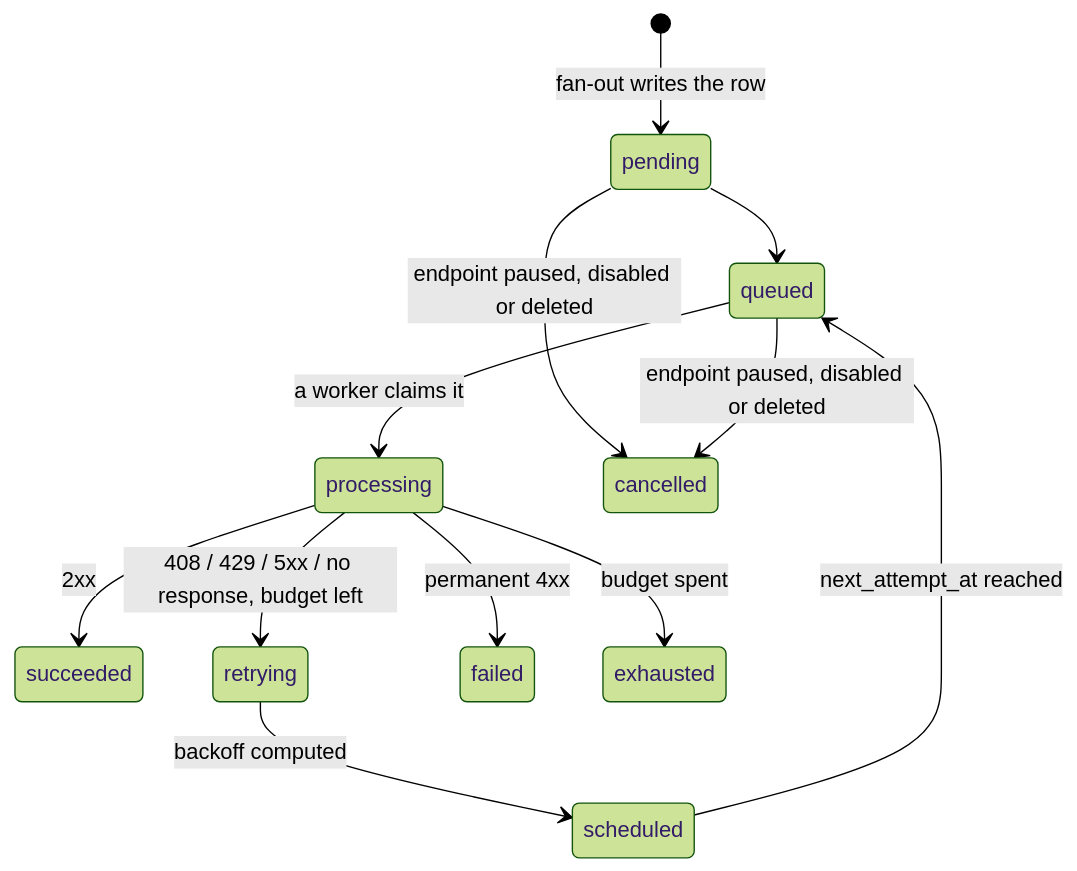
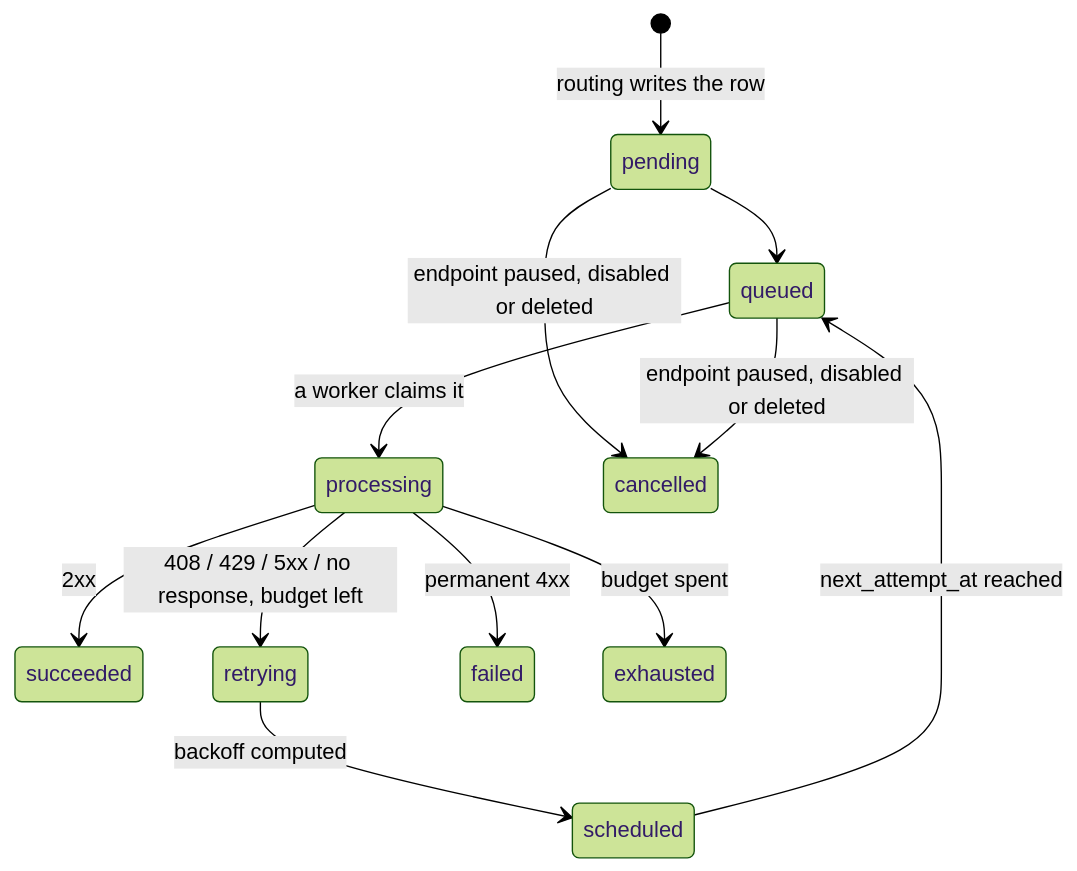
One commit to baziqtech/hookubit changed the diagram in apps/docs/dashboard/07-events-and-deliveries.md. Above: the diagram before and after it, drawn with Mermaid (forest theme). The commit also changed other lines of this file and 160 other files, not shown here.

````diff
--- a/apps/docs/dashboard/07-events-and-deliveries.md
+++ b/apps/docs/dashboard/07-events-and-deliveries.md
@@ -124,14 +124,14 @@
 ```mermaid
 stateDiagram-v2
-    [*] --> pending: fan-out writes the row
+    [*] --> pending: routing writes the row
     pending --> queued
     queued --> processing: a worker claims it
     processing --> succeeded: 2xx
     processing --> retrying: 408 / 429 / 5xx / no response, budget left
     retrying --> scheduled: backoff computed
     scheduled --> queued: next_attempt_at reached
     processing --> failed: permanent 4xx
     processing --> exhausted: budget spent
     pending --> cancelled: endpoint paused, disabled or deleted
     queued --> cancelled: endpoint paused, disabled or deleted
 ```
````
